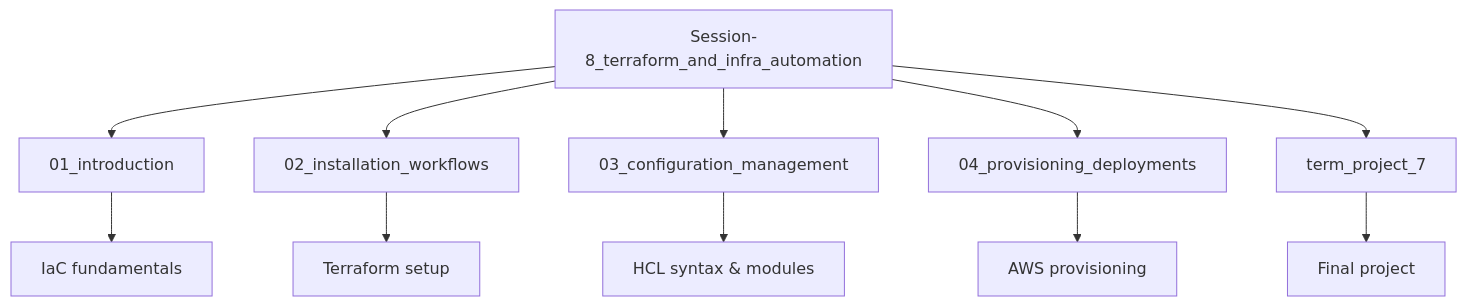
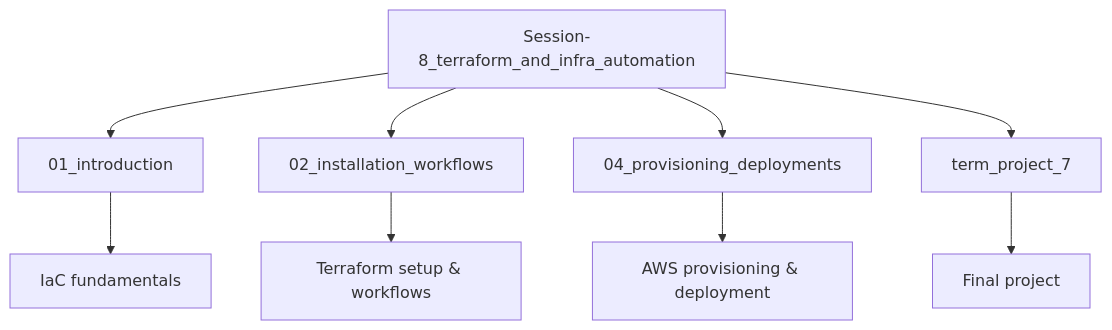
One commit to manikcloud/cloud-devops-learning-path changed the fourth of 4 diagrams in Section-2-DevOps/Session-8_terraform_and_infra_automation/README.md. Above: the diagram before and after it, drawn with Mermaid. The commit also changed other lines of this file and 5 other files, not shown here.

First line of the commit message:
Reorganize Session-8 Terraform content and remove configuration management

````diff
--- a/Section-2-DevOps/Session-8_terraform_and_infra_automation/README.md
+++ b/Section-2-DevOps/Session-8_terraform_and_infra_automation/README.md
@@ -213,14 +212,12 @@
 ```mermaid
 graph TD
     A[Session-8_terraform_and_infra_automation] --> B[01_introduction]
     A --> C[02_installation_workflows]
-    A --> D[03_configuration_management]
-    A --> E[04_provisioning_deployments]
-    A --> F[term_project_7]
+    A --> D[04_provisioning_deployments]
+    A --> E[term_project_7]
     
     B --> B1[IaC fundamentals]
-    C --> C1[Terraform setup]
-    D --> D1[HCL syntax & modules]
-    E --> E1[AWS provisioning]
-    F --> F1[Final project]
+    C --> C1[Terraform setup & workflows]
+    D --> D1[AWS provisioning & deployment]
+    E --> E1[Final project]
 ```
````
